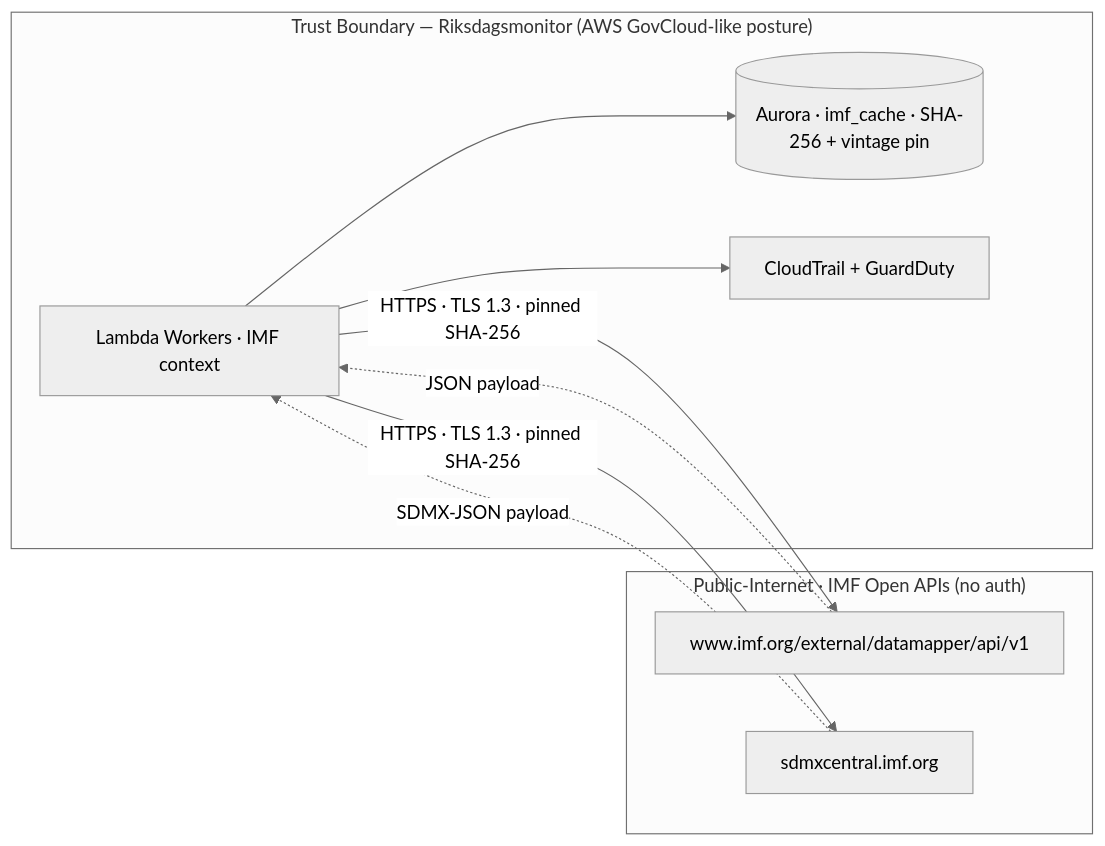
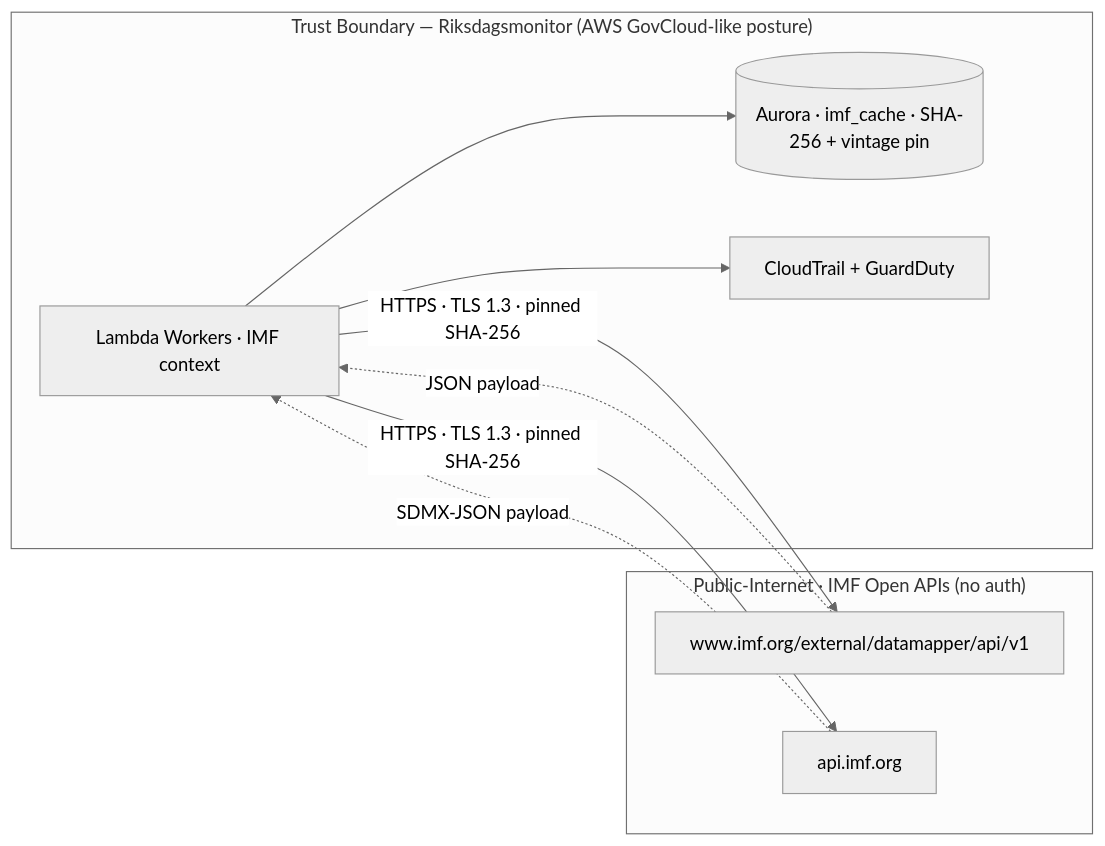
The tenth of 10 diagrams in FUTURE_SECURITY_ARCHITECTURE.md (Hack23/riksdagsmonitor), drawn with Mermaid (neutral theme) before and after one commit. The commit also changed other lines of this file and 51 other files, not shown here.

First line of the commit message:
refactor(imf): remove SDMX 2.1 references repo-wide; SDMX 3.0 + WEO Datamapper only

````diff
--- a/FUTURE_SECURITY_ARCHITECTURE.md
+++ b/FUTURE_SECURITY_ARCHITECTURE.md
@@ -960,18 +960,18 @@
 ```mermaid
 flowchart LR
     subgraph Trusted["Trust Boundary — Riksdagsmonitor (AWS GovCloud-like posture)"]
         Lambda[Lambda Workers · IMF context]
         Cache[(Aurora · imf_cache · SHA-256 + vintage pin)]
         Audit[CloudTrail + GuardDuty]
     end
     subgraph Public["Public-Internet · IMF Open APIs (no auth)"]
         Datamapper[www.imf.org/external/datamapper/api/v1]
-        SDMX[sdmxcentral.imf.org]
+        SDMX[api.imf.org]
     end
     Lambda -- HTTPS · TLS 1.3 · pinned SHA-256 --> Datamapper
     Lambda -- HTTPS · TLS 1.3 · pinned SHA-256 --> SDMX
     Datamapper -. JSON payload .-> Lambda
     SDMX -. SDMX-JSON payload .-> Lambda
     Lambda --> Cache
     Lambda --> Audit
 ```
````
